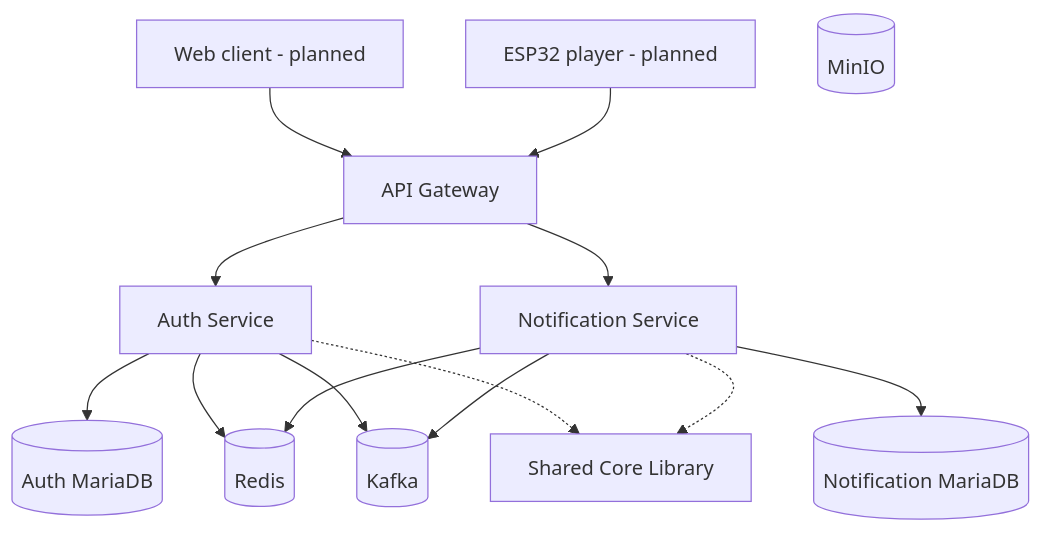
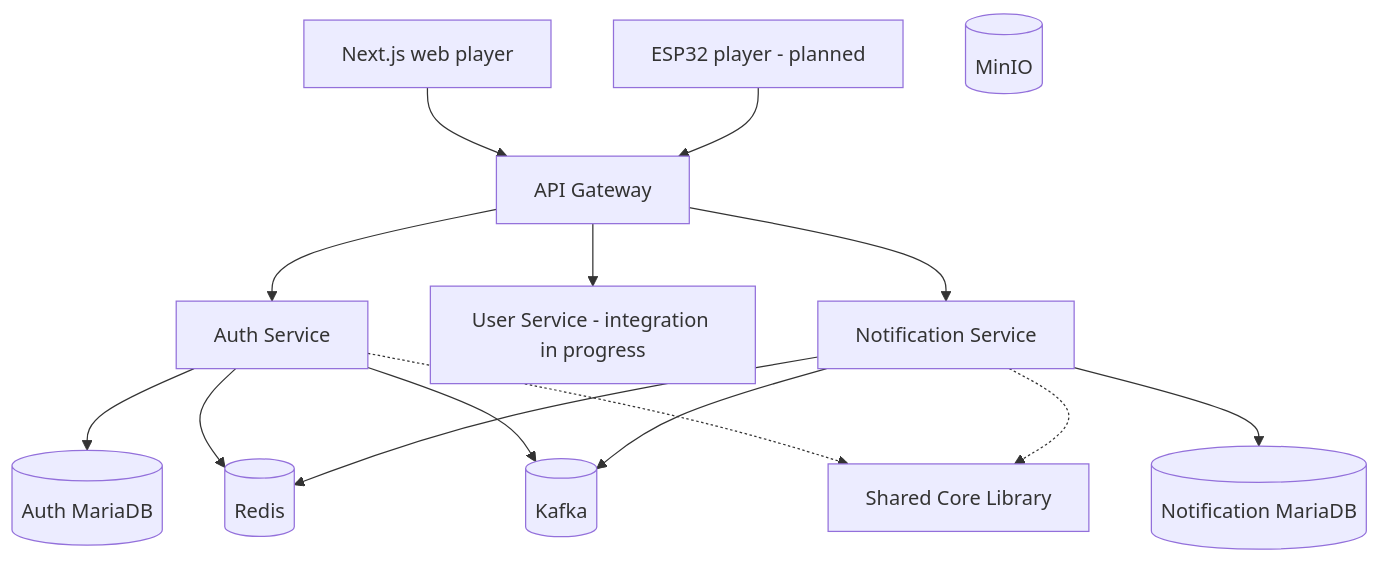
The diagram in README.md (baokieuv/BitRhythm), drawn with Mermaid before and after one commit. The commit also changed other lines of this file, not shown here.

````diff
--- a/README.md
+++ b/README.md
@@ -14,27 +14,29 @@
 ```mermaid
 flowchart TD
-    Web[Web client - planned]
+    Web[Next.js web player]
     ESP[ESP32 player - planned]
     Gateway[API Gateway]
     Auth[Auth Service]
+    User[User Service - integration in progress]
     Notify[Notification Service]
     Core[Shared Core Library]
     MariaAuth[(Auth MariaDB)]
     MariaNotify[(Notification MariaDB)]
     Redis[(Redis)]
     Kafka[(Kafka)]
     MinIO[(MinIO)]
 
     Web --> Gateway
     ESP --> Gateway
     Gateway --> Auth
+    Gateway --> User
     Gateway --> Notify
     Auth --> MariaAuth
     Auth --> Redis
     Auth --> Kafka
     Notify --> MariaNotify
     Notify --> Redis
     Notify --> Kafka
     Auth -.-> Core
     Notify -.-> Core
 ```
````
